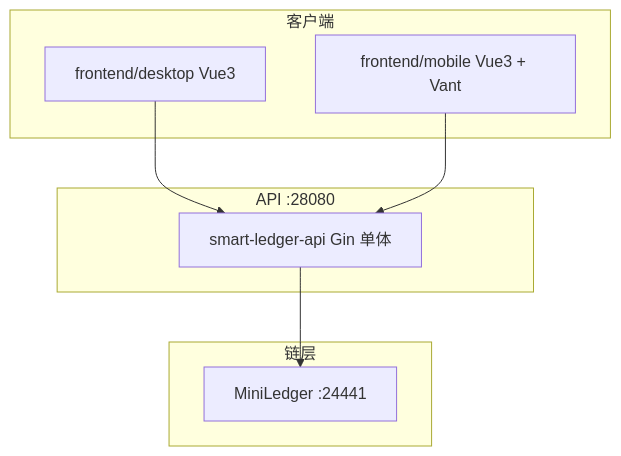
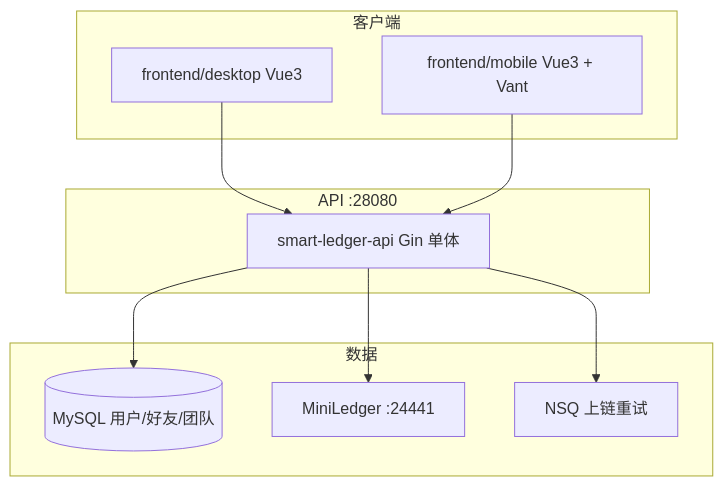
Before and after one commit to torisu-kirame/go-Smart-ledger: the diagram in README.md, drawn with Mermaid. The commit also changed other lines of this file and 32 other files, not shown here.

````diff
--- a/README.md
+++ b/README.md
@@ -56,19 +58,23 @@
 ```mermaid
 flowchart TB
     subgraph client [客户端]
         Desktop[frontend/desktop Vue3]
         Mobile[frontend/mobile Vue3 + Vant]
     end
 
     subgraph api [API :28080]
         GW[smart-ledger-api Gin 单体]
     end
 
-    subgraph chain [链层]
+    subgraph data [数据]
+        MySQL[(MySQL 用户/好友/团队)]
         ML[MiniLedger :24441]
+        NSQ[NSQ 上链重试]
     end
 
     Desktop --> GW
     Mobile --> GW
+    GW --> MySQL
     GW --> ML
+    GW --> NSQ
 ```
````
